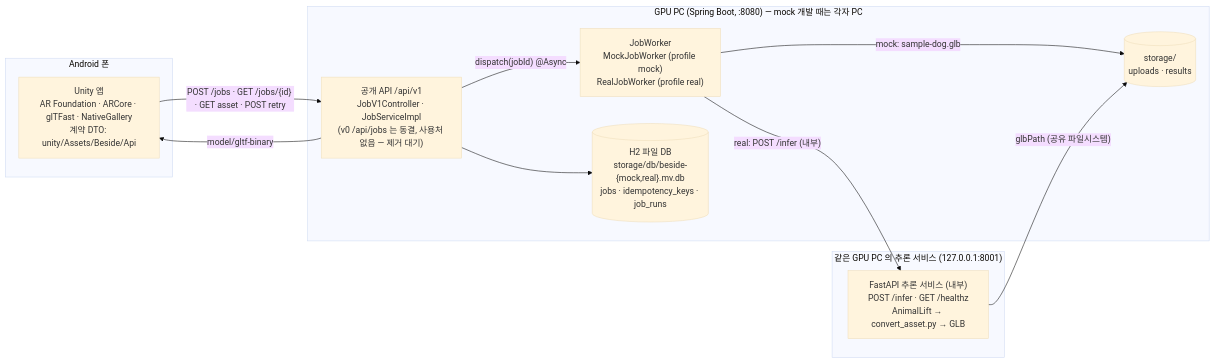
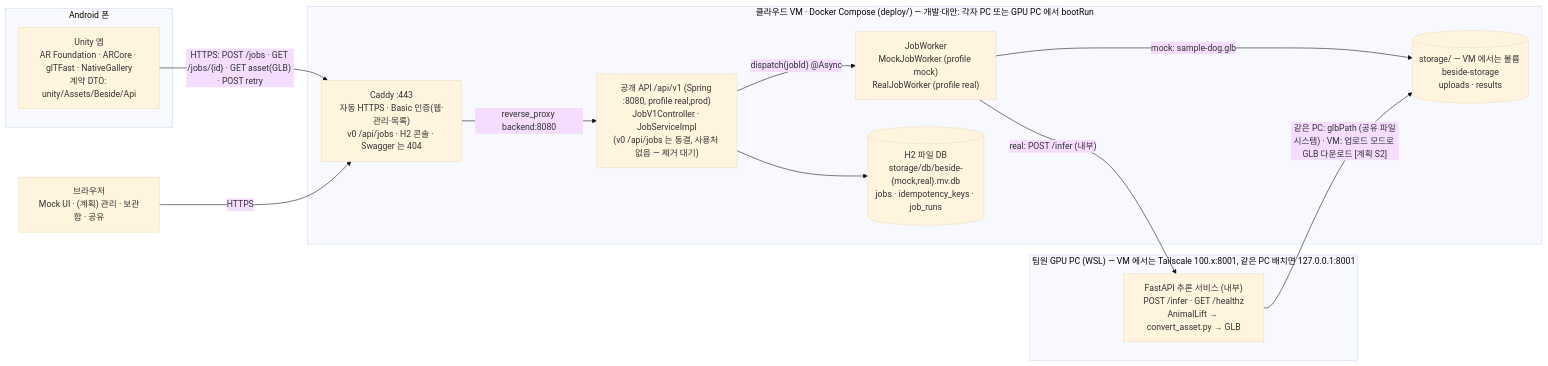
The first of 3 diagrams in docs/ARCHITECTURE.md (minwoo3717/Beside), drawn with Mermaid (base theme) before and after one commit. The commit also changed other lines of this file, not shown here.

First line of the commit message:
[Backend] 문서: ARCHITECTURE 의 구성 그림과 '배포 가정'을 클라우드 VM(Caddy + Spring real,prod) + Tailscale GPU PC 기준으로 — 2026-10-30 배포 결정을 구조 문서가 따라가도록

````diff
--- a/docs/ARCHITECTURE.md
+++ b/docs/ARCHITECTURE.md
@@ -9,22 +11,25 @@
 ```mermaid
 flowchart LR
     subgraph Phone["Android 폰"]
         U["Unity 앱<br/>AR Foundation · ARCore · glTFast · NativeGallery<br/>계약 DTO: unity/Assets/Beside/Api"]
     end
-    subgraph Server["GPU PC (Spring Boot, :8080) — mock 개발 때는 각자 PC"]
-        S["공개 API /api/v1<br/>JobV1Controller · JobServiceImpl<br/>(v0 /api/jobs 는 동결, 사용처 없음 — 제거 대기)"]
+    B["브라우저<br/>Mock UI · (계획) 관리 · 보관함 · 공유"]
+    subgraph Server["클라우드 VM · Docker Compose (deploy/) — 개발·대안: 각자 PC 또는 GPU PC 에서 bootRun"]
+        C["Caddy :443<br/>자동 HTTPS · Basic 인증(웹·관리·목록)<br/>v0 /api/jobs · H2 콘솔 · Swagger 는 404"]
+        S["공개 API /api/v1 (Spring :8080, profile real,prod)<br/>JobV1Controller · JobServiceImpl<br/>(v0 /api/jobs 는 동결, 사용처 없음 — 제거 대기)"]
         W["JobWorker<br/>MockJobWorker (profile mock)<br/>RealJobWorker (profile real)"]
-        FS[("storage/<br/>uploads · results")]
+        FS[("storage/ — VM 에서는 볼륨 beside-storage<br/>uploads · results")]
         DB[("H2 파일 DB<br/>storage/db/beside-{mock,real}.mv.db<br/>jobs · idempotency_keys · job_runs")]
     end
-    subgraph Gpu["같은 GPU PC 의 추론 서비스 (127.0.0.1:8001)"]
+    subgraph Gpu["팀원 GPU PC (WSL) — VM 에서는 Tailscale 100.x:8001, 같은 PC 배치면 127.0.0.1:8001"]
         P["FastAPI 추론 서비스 (내부)<br/>POST /infer · GET /healthz<br/>AnimalLift → convert_asset.py → GLB"]
     end
-    U -->|"POST /jobs · GET /jobs/{id} · GET asset · POST retry"| S
+    U -->|"HTTPS: POST /jobs · GET /jobs/{id} · GET asset(GLB) · POST retry"| C
+    B -->|"HTTPS"| C
+    C -->|"reverse_proxy backend:8080"| S
     S --> DB
     S -->|"dispatch(jobId) @Async"| W
     W -->|"mock: sample-dog.glb"| FS
     W -->|"real: POST /infer (내부)"| P
-    P -->|"glbPath (공유 파일시스템)"| FS
-    S -->|"model/gltf-binary"| U
+    P -->|"같은 PC: glbPath (공유 파일시스템) · VM: 업로드 모드로 GLB 다운로드 [계획 S2]"| FS
 ```
````
